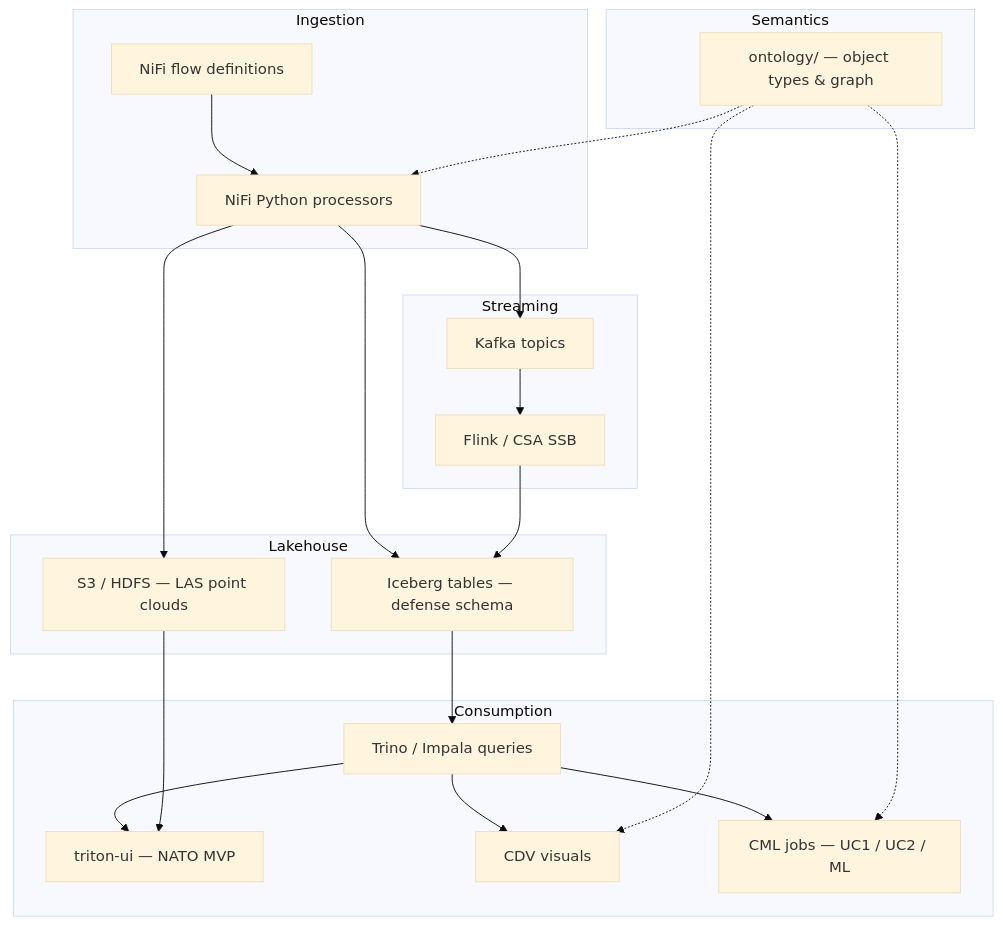
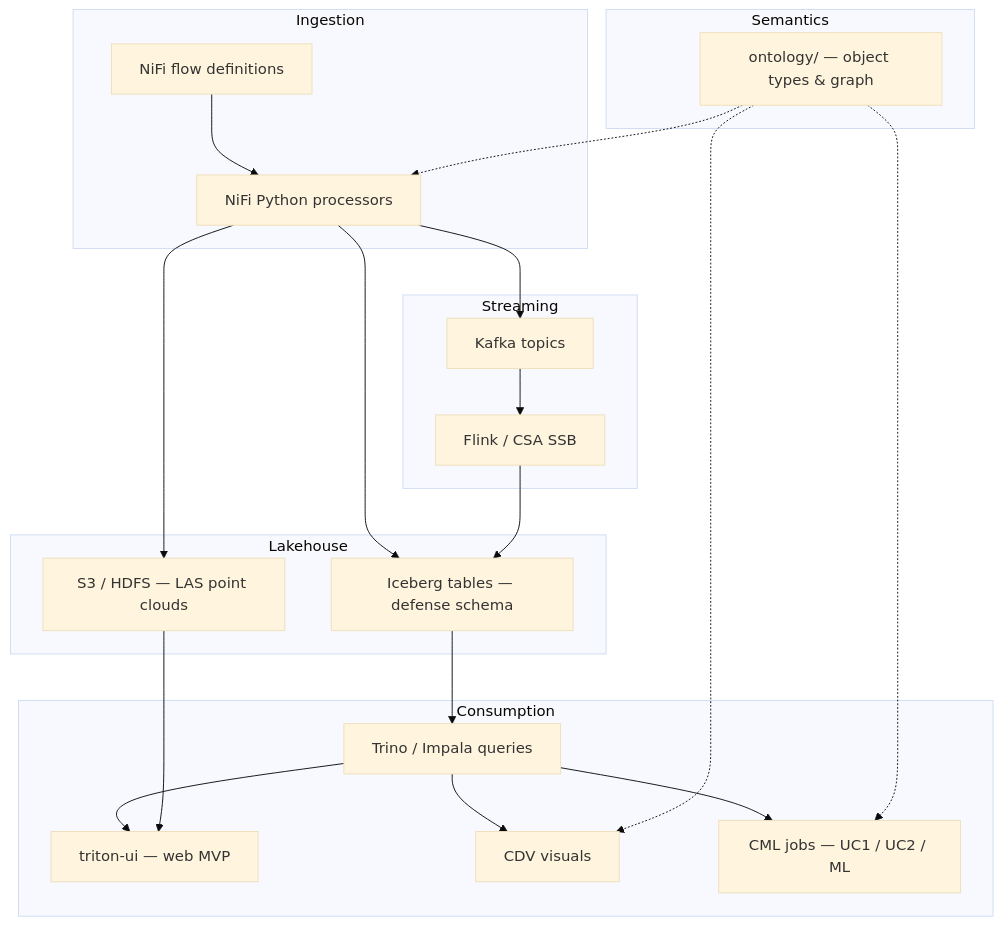
Before and after one commit to frothkoetter/triton-baltic-sea-observer: the diagram in README.md, drawn with Mermaid (base theme). The commit also changed other lines of this file, not shown here.

Commit message:
docs: use neutral wording in root README (no NATO/Russia refs)

````diff
--- a/README.md
+++ b/README.md
@@ -27,39 +27,39 @@
 ```mermaid
 flowchart TB
   subgraph ingest [Ingestion]
     NiFi[NiFi Python processors]
     Flow[NiFi flow definitions]
   end
   subgraph stream [Streaming]
     Kafka[Kafka topics]
     Flink[Flink / CSA SSB]
   end
   subgraph store [Lakehouse]
     Iceberg[Iceberg tables — defense schema]
     S3[S3 / HDFS — LAS point clouds]
   end
   subgraph consume [Consumption]
-    UI[triton-ui — NATO MVP]
+    UI[triton-ui — web MVP]
     CDV[CDV visuals]
     CML[CML jobs — UC1 / UC2 / ML]
     Trino[Trino / Impala queries]
   end
   subgraph semantics [Semantics]
     Ont[ontology/ — object types & graph]
   end
 
   Flow --> NiFi
   NiFi --> Kafka
   NiFi --> S3
   NiFi --> Iceberg
   Kafka --> Flink
   Flink --> Iceberg
   Iceberg --> Trino
   Trino --> UI
   Trino --> CDV
   Trino --> CML
   S3 --> UI
   Ont -.-> NiFi
   Ont -.-> CDV
   Ont -.-> CML
 ```
````
